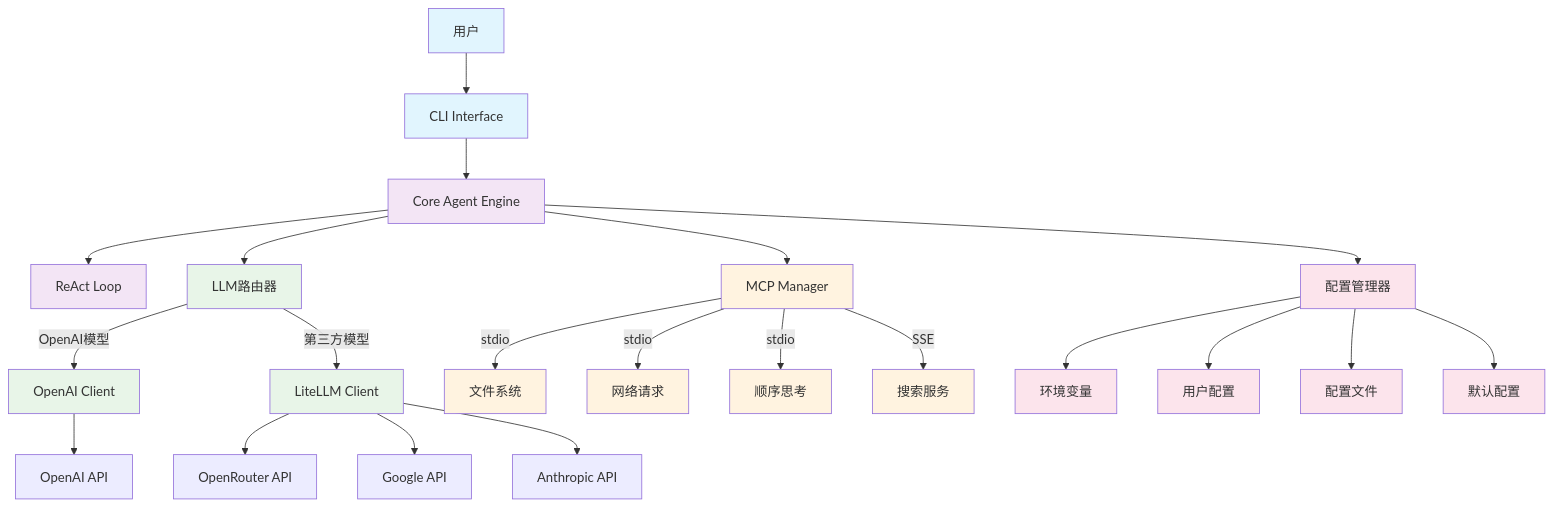
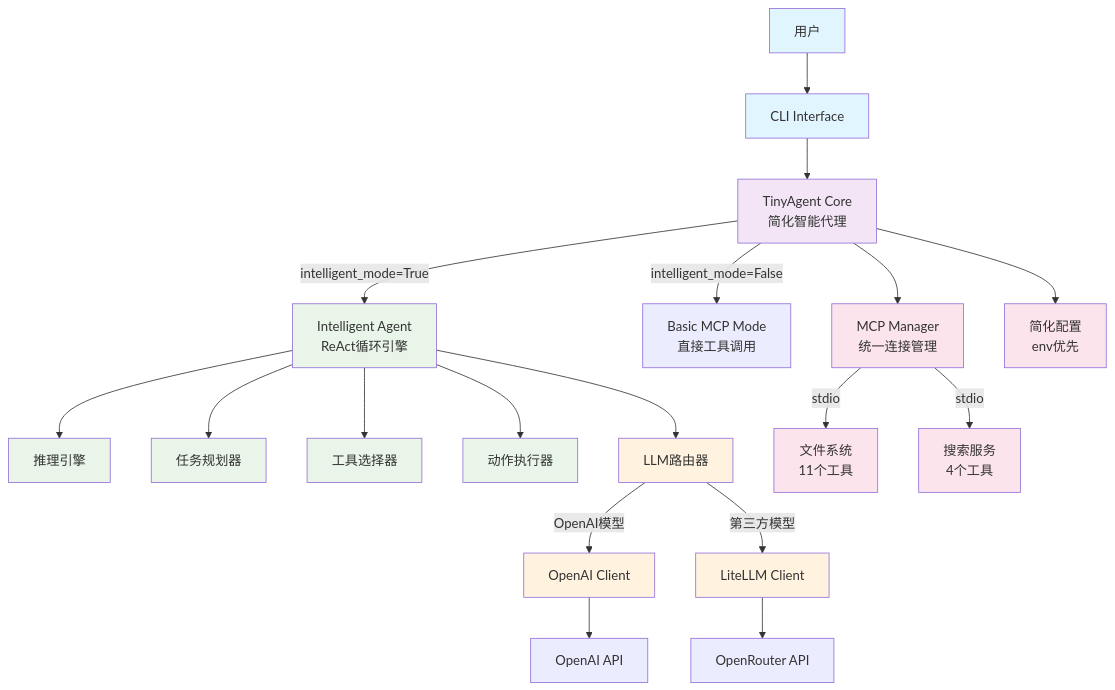
One commit to flyingcloud-code/TinyAgent changed the first of 6 diagrams in docs/tinyagent_design.md. Above: the diagram before and after it, drawn with Mermaid. The commit also changed other lines of this file and 17 other files, not shown here.

````diff
--- a/docs/tinyagent_design.md
+++ b/docs/tinyagent_design.md
@@ -53,47 +56,46 @@
 ```mermaid
 graph TB
     %% User Layer
     User[用户] --> CLI[CLI Interface]
     
-    %% Core Layer
-    CLI --> CoreAgent[Core Agent Engine]
-    CoreAgent --> ReActLoop[ReAct Loop]
+    %% Core Layer - SIMPLIFIED
+    CLI --> TinyAgent[TinyAgent Core<br/>简化智能代理]
+    TinyAgent --> |intelligent_mode=True| IntelligentAgent[Intelligent Agent<br/>ReAct循环引擎]
+    TinyAgent --> |intelligent_mode=False| BasicMCP[Basic MCP Mode<br/>直接工具调用]
+    
+    %% Intelligence Components - INTEGRATED
+    IntelligentAgent --> ReasoningEngine[推理引擎]
+    IntelligentAgent --> TaskPlanner[任务规划器]
+    IntelligentAgent --> ToolSelector[工具选择器]
+    IntelligentAgent --> ActionExecutor[动作执行器]
     
     %% LLM Layer
-    CoreAgent --> LLMRouter[LLM路由器]
+    IntelligentAgent --> LLMRouter[LLM路由器]
     LLMRouter --> |OpenAI模型| OpenAIClient[OpenAI Client]
     LLMRouter --> |第三方模型| LiteLLM[LiteLLM Client]
     
     %% External Services
     OpenAIClient --> OpenAI[OpenAI API]
     LiteLLM --> OpenRouter[OpenRouter API]
-    LiteLLM --> Google[Google API]
-    LiteLLM --> Anthropic[Anthropic API]
     
-    %% MCP Layer
-    CoreAgent --> MCPManager[MCP Manager]
-    MCPManager --> |stdio| FileSystem[文件系统]
-    MCPManager --> |stdio| Fetch[网络请求]
-    MCPManager --> |stdio| SeqThink[顺序思考]
-    MCPManager --> |SSE| SearchService[搜索服务]
+    %% MCP Layer - SIMPLIFIED
+    TinyAgent --> MCPManager[MCP Manager<br/>统一连接管理]
+    MCPManager --> |stdio| FileSystem[文件系统<br/>11个工具]
+    MCPManager --> |stdio| SearchService[搜索服务<br/>4个工具]
     
-    %% Configuration Layer
-    CoreAgent --> ConfigManager[配置管理器]
-    ConfigManager --> EnvVars[环境变量]
-    ConfigManager --> UserConfig[用户配置]
-    ConfigManager --> Profiles[配置文件]
-    ConfigManager --> Defaults[默认配置]
+    %% Configuration Layer - SIMPLIFIED  
+    TinyAgent --> SimpleConfig[简化配置<br/>env优先]
     
     %% Styling
     classDef userLayer fill:#e1f5fe
     classDef coreLayer fill:#f3e5f5
-    classDef llmLayer fill:#e8f5e8
-    classDef mcpLayer fill:#fff3e0
-    classDef configLayer fill:#fce4ec
+    classDef intelligenceLayer fill:#e8f5e8
+    classDef llmLayer fill:#fff3e0
+    classDef mcpLayer fill:#fce4ec
     
     class User,CLI userLayer
-    class CoreAgent,ReActLoop coreLayer
+    class TinyAgent coreLayer
+    class IntelligentAgent,ReasoningEngine,TaskPlanner,ToolSelector,ActionExecutor intelligenceLayer
     class LLMRouter,OpenAIClient,LiteLLM llmLayer
-    class MCPManager,FileSystem,Fetch,SeqThink,SearchService mcpLayer
-    class ConfigManager,EnvVars,UserConfig,Profiles,Defaults configLayer
+    class MCPManager,FileSystem,SearchService,SimpleConfig mcpLayer
 ```
````
